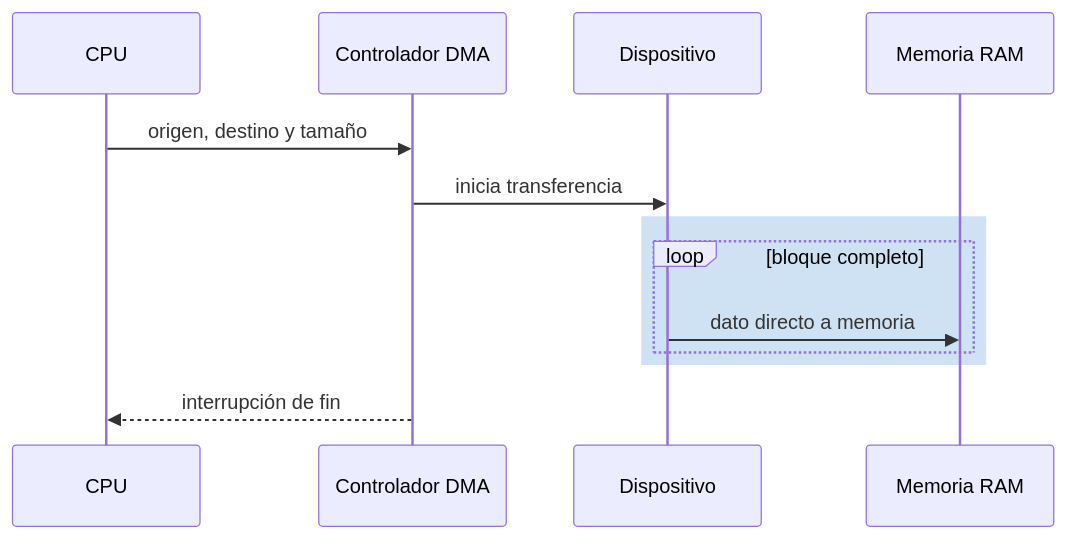
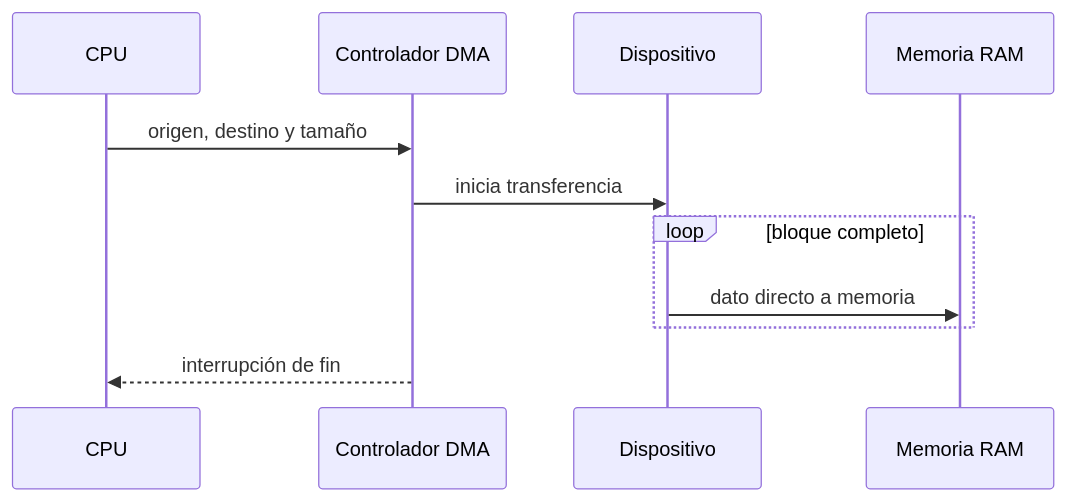
Before and after one commit to asiermarzo/ssoo: the second of 5 diagrams in TEORIA/11-dispositivos-de-es/README.md, drawn with Mermaid. The commit also changed other lines of this file and 12 other files, not shown here.

Commit message:
ajuste subrects de mermaids

````diff
--- a/TEORIA/11-dispositivos-de-es/README.md
+++ b/TEORIA/11-dispositivos-de-es/README.md
@@ -52,15 +52,13 @@
 ```mermaid
 sequenceDiagram
     participant CPU as CPU
     participant DMA as Controlador DMA
     participant D as Dispositivo
     participant M as Memoria RAM
     CPU->>DMA: origen, destino y tamaño
     DMA->>D: inicia transferencia
-    rect rgb(207, 226, 243)
-        loop bloque completo
-            D->>M: dato directo a memoria
-        end
+    loop bloque completo
+        D->>M: dato directo a memoria
     end
     DMA-->>CPU: interrupción de fin
 ```
````
